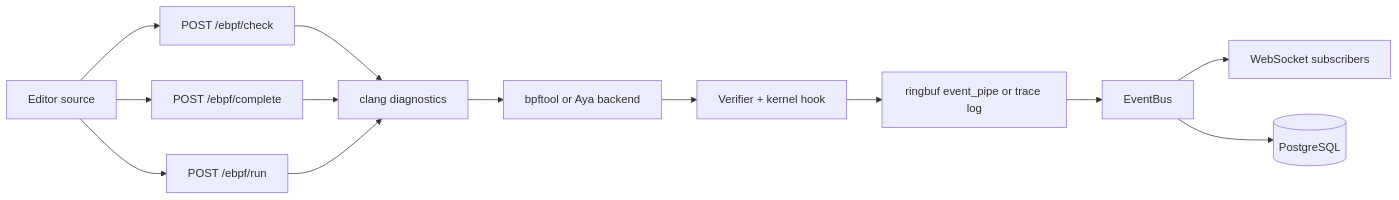
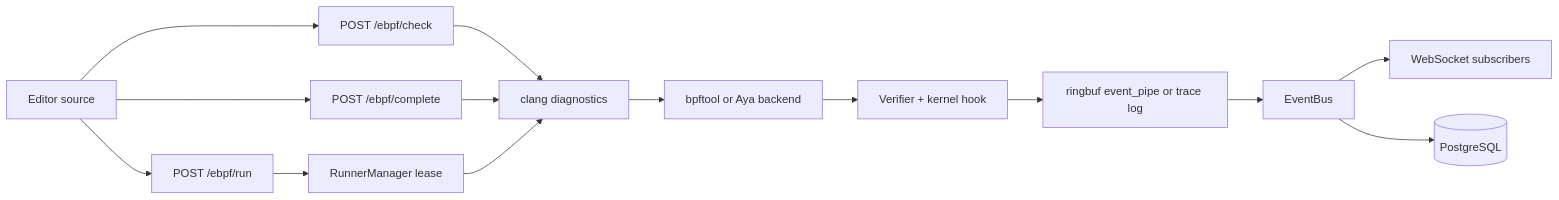
One commit to Team-silvortex/cyanrex-lab changed the fourth of 4 diagrams in frontend/public/course/en/architecture.md. Above: the diagram before and after it, drawn with Mermaid. The commit also changed other lines of this file and 36 other files, not shown here.

````diff
--- a/frontend/public/course/en/architecture.md
+++ b/frontend/public/course/en/architecture.md
@@ -158,15 +158,16 @@
 ```mermaid
 flowchart LR
     C["Editor source"] --> V["POST /ebpf/check"]
     C --> X["POST /ebpf/complete"]
     C --> R["POST /ebpf/run"]
     V --> CL["clang diagnostics"]
     X --> CL
-    R --> CL
+    R --> RM["RunnerManager lease"]
+    RM --> CL
     CL --> L["bpftool or Aya backend"]
     L --> K["Verifier + kernel hook"]
     K --> O["ringbuf event_pipe or trace log"]
     O --> EB["EventBus"]
     EB --> WS["WebSocket subscribers"]
     EB --> P[(PostgreSQL)]
 ```
````
